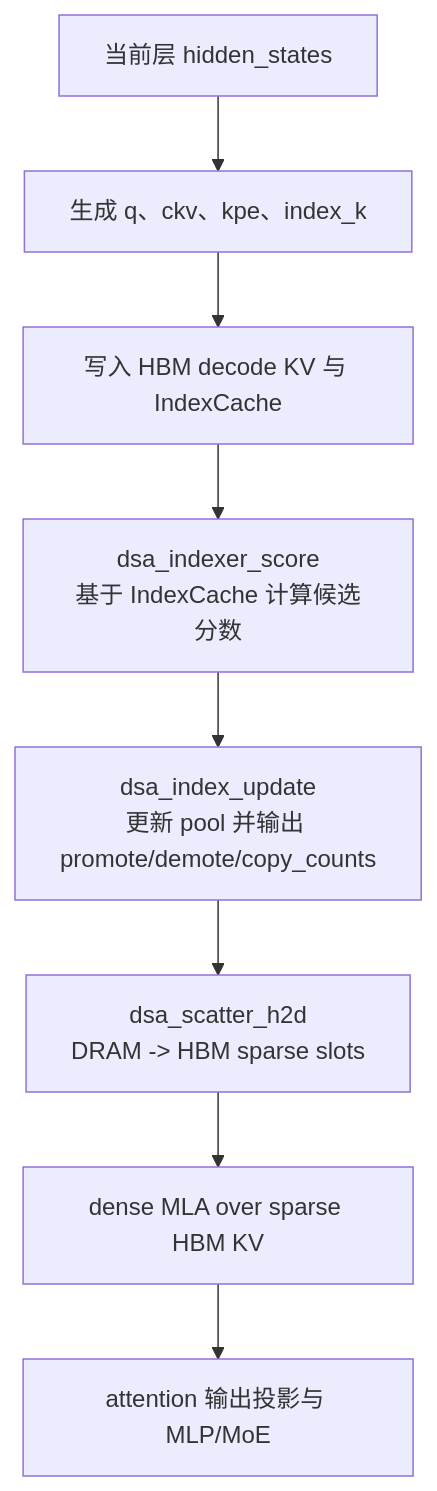
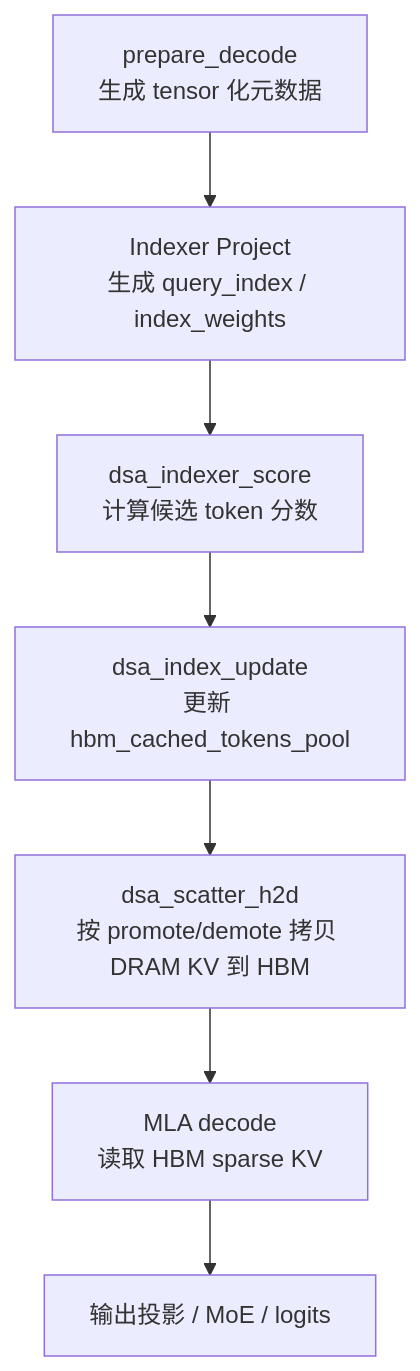
Before and after one commit to xwLearnsLLM/nanovllm-DSA-offload: the third of 3 diagrams in DSA-offload设计文档.md, drawn with Mermaid. The commit also changed other lines of this file and 146 other files, not shown here.

````diff
--- a/DSA-offload设计文档.md
+++ b/DSA-offload设计文档.md
@@ -398,10 +186,9 @@
 ```mermaid
 flowchart TD
-    A["当前层 hidden_states"] --> B["生成 q、ckv、kpe、index_k"]
-    B --> C["写入 HBM decode KV 与 IndexCache"]
-    C --> D["dsa_indexer_score<br/>基于 IndexCache 计算候选分数"]
-    D --> E["dsa_index_update<br/>更新 pool 并输出 promote/demote/copy_counts"]
-    E --> F["dsa_scatter_h2d<br/>DRAM -> HBM sparse slots"]
-    F --> G["dense MLA over sparse HBM KV"]
-    G --> H["attention 输出投影与 MLP/MoE"]
+    A["prepare_decode<br/>生成 tensor 化元数据"] --> B["Indexer Project<br/>生成 query_index / index_weights"]
+    B --> C["dsa_indexer_score<br/>计算候选 token 分数"]
+    C --> D["dsa_index_update<br/>更新 hbm_cached_tokens_pool"]
+    D --> E["dsa_scatter_h2d<br/>按 promote/demote 拷贝 DRAM KV 到 HBM"]
+    E --> F["MLA decode<br/>读取 HBM sparse KV"]
+    F --> G["输出投影 / MoE / logits"]
 ```
````
